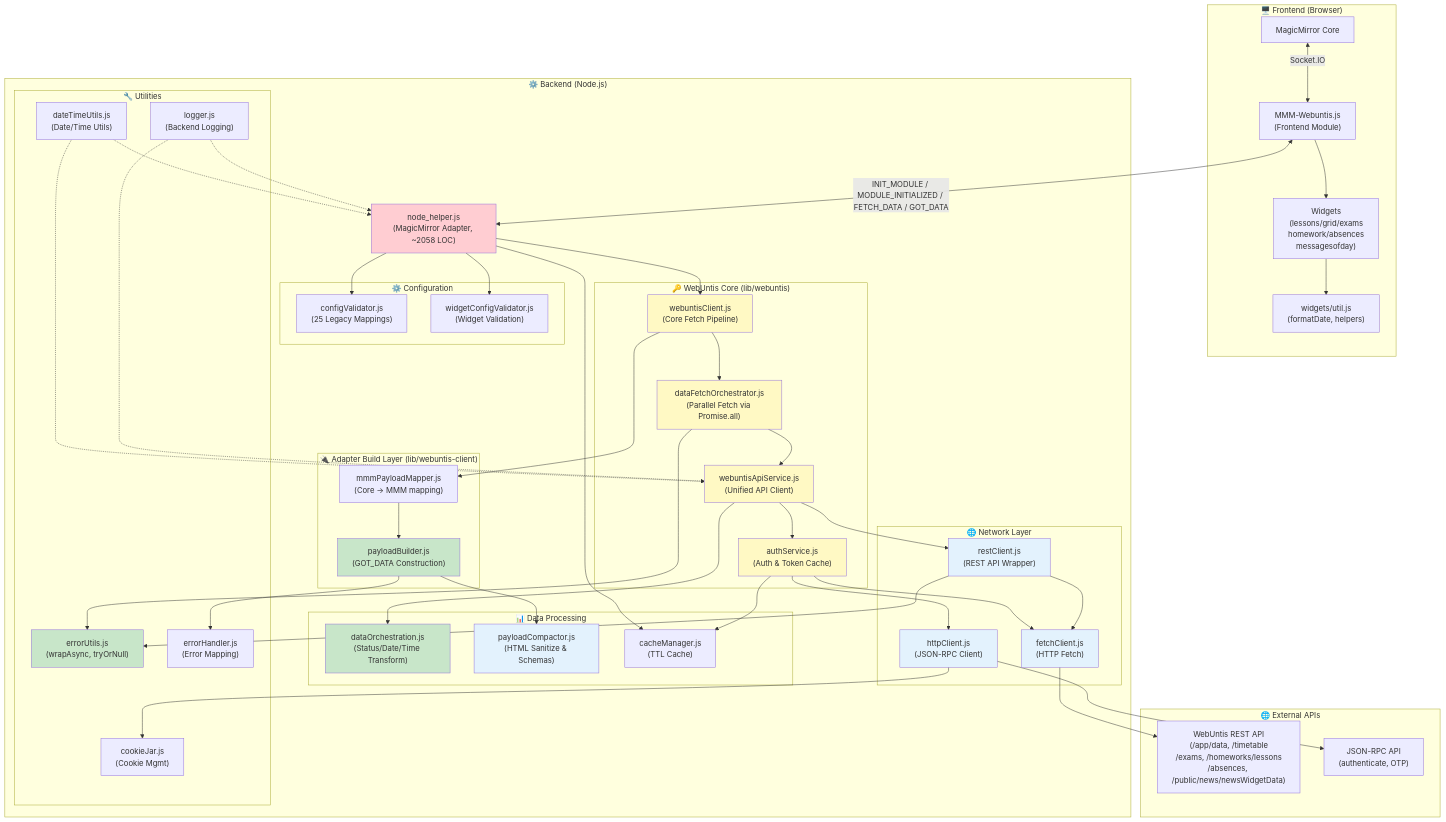
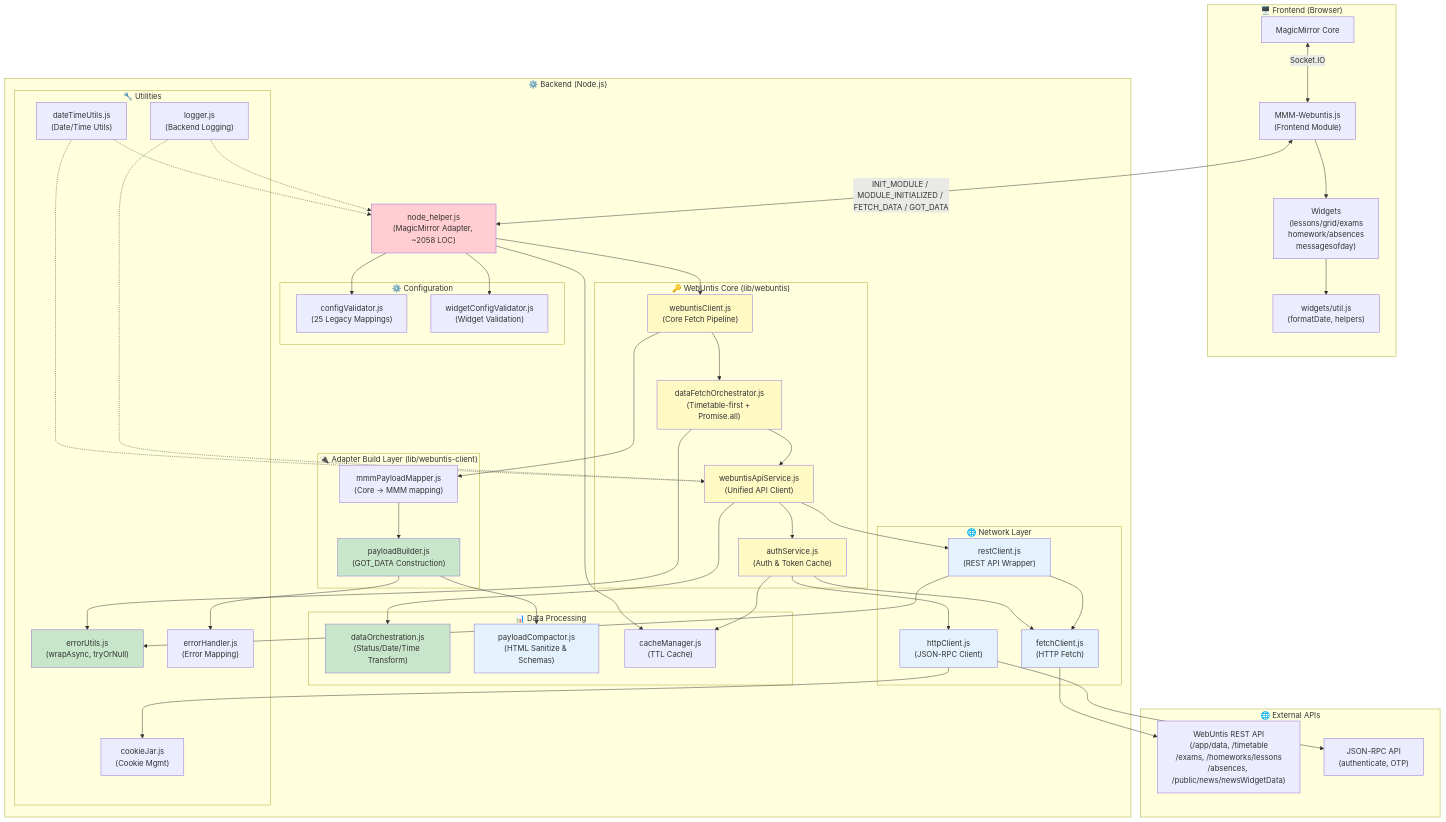
The first of 13 diagrams in docs/ARCHITECTURE.md (HeikoGr/MMM-Webuntis), drawn with Mermaid before and after one commit. The commit also changed other lines of this file, not shown here.

Commit message:
refactor: update architecture documentation to reflect timetable-first orchestration and improved fetch strategy

```diff
--- a/docs/ARCHITECTURE.md
+++ b/docs/ARCHITECTURE.md
@@ -34,7 +34,7 @@
             WebClient["webuntisClient.js<br/>(Core Fetch Pipeline)"]
             Auth["authService.js<br/>(Auth & Token Cache)"]
             API["webuntisApiService.js<br/>(Unified API Client)"]
-            Orch["dataFetchOrchestrator.js<br/>(Parallel Fetch via Promise.all)"]
+            Orch["dataFetchOrchestrator.js<br/>(Timetable-first + Promise.all)"]
         end
 
         subgraph AdapterBuild["🔌 Adapter Build Layer (lib/webuntis-client)"]
```
